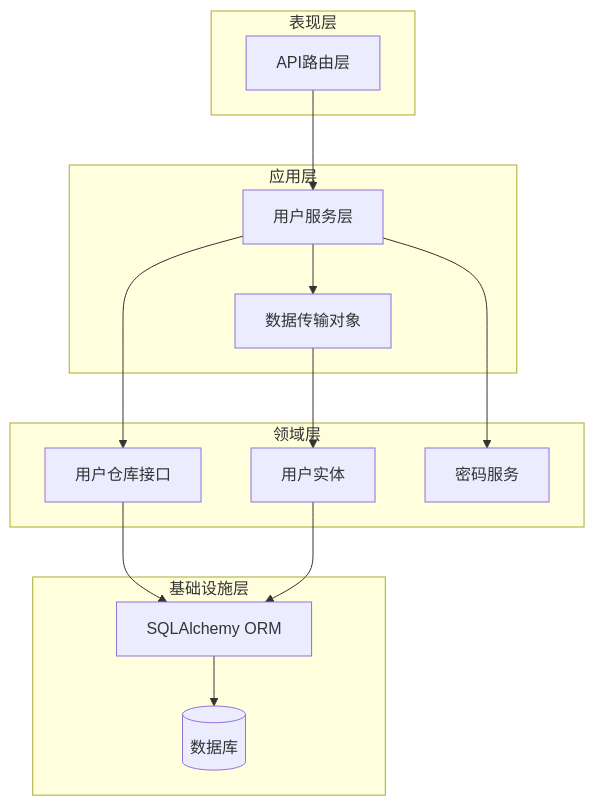
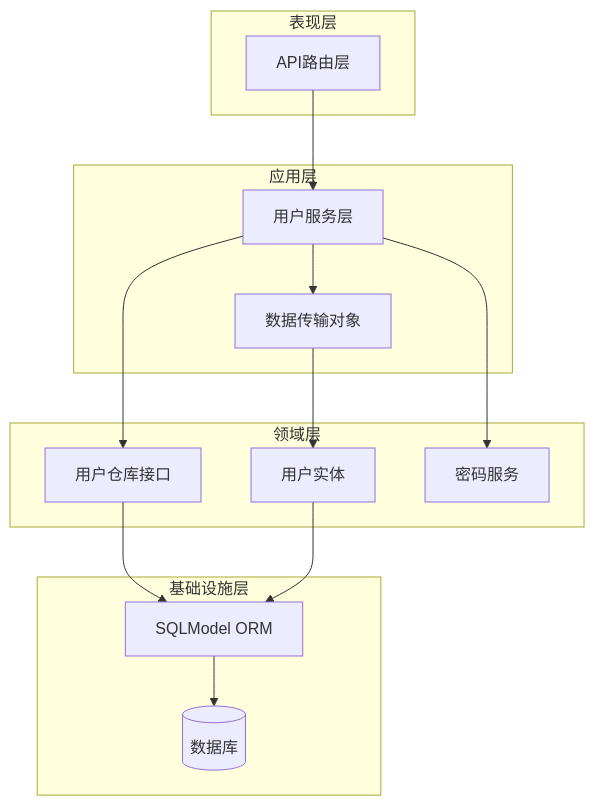
One commit to taoweidong/Hello-FastApi changed the first of 7 diagrams in .qoder/repowiki/zh/content/数据模型设计/用户实体模型.md. Above: the diagram before and after it, drawn with Mermaid. The commit also changed other lines of this file and 11 other files, not shown here.

````diff
--- a/.qoder/repowiki/zh/content/数据模型设计/用户实体模型.md
+++ b/.qoder/repowiki/zh/content/数据模型设计/用户实体模型.md
@@ -46,27 +46,27 @@
 ```mermaid
 graph TB
 subgraph "表现层"
 API[API路由层]
 end
 subgraph "应用层"
 Service[用户服务层]
 DTO[数据传输对象]
 end
 subgraph "领域层"
 Entity[用户实体]
 Repo[用户仓库接口]
 Password[密码服务]
 end
 subgraph "基础设施层"
-ORM[SQLAlchemy ORM]
+SQLModel[SQLModel ORM]
 DB[(数据库)]
 end
 API --> Service
 Service --> DTO
 Service --> Repo
 Service --> Password
-Repo --> ORM
-ORM --> DB
-Entity --> ORM
+Repo --> SQLModel
+SQLModel --> DB
+Entity --> SQLModel
 DTO --> Entity
 ```
````
